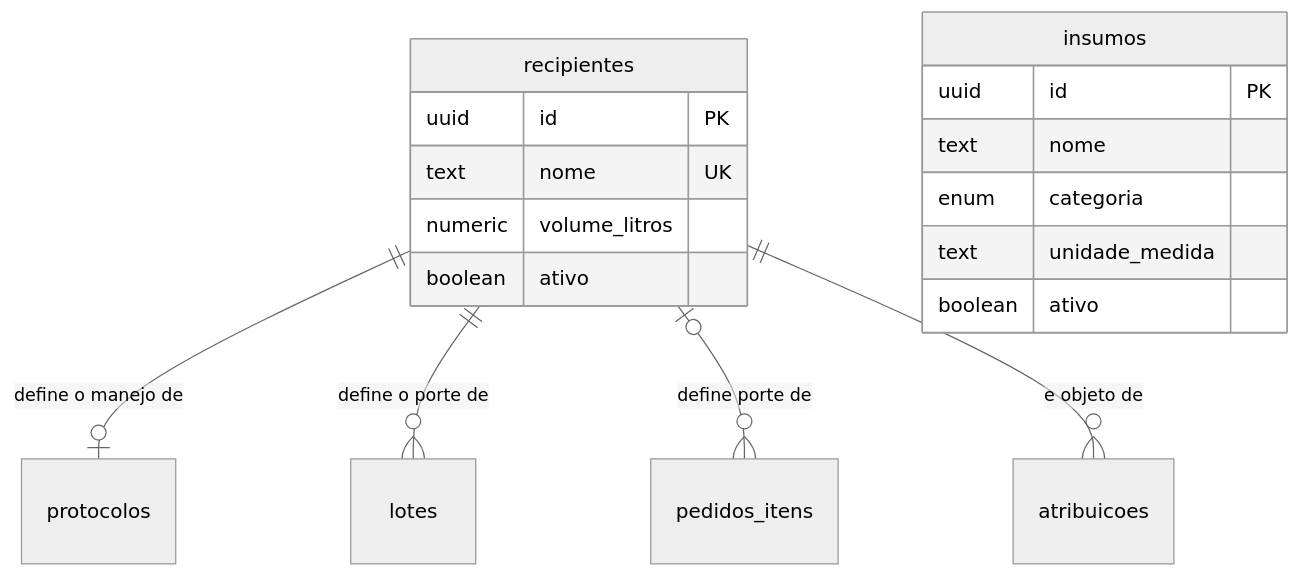
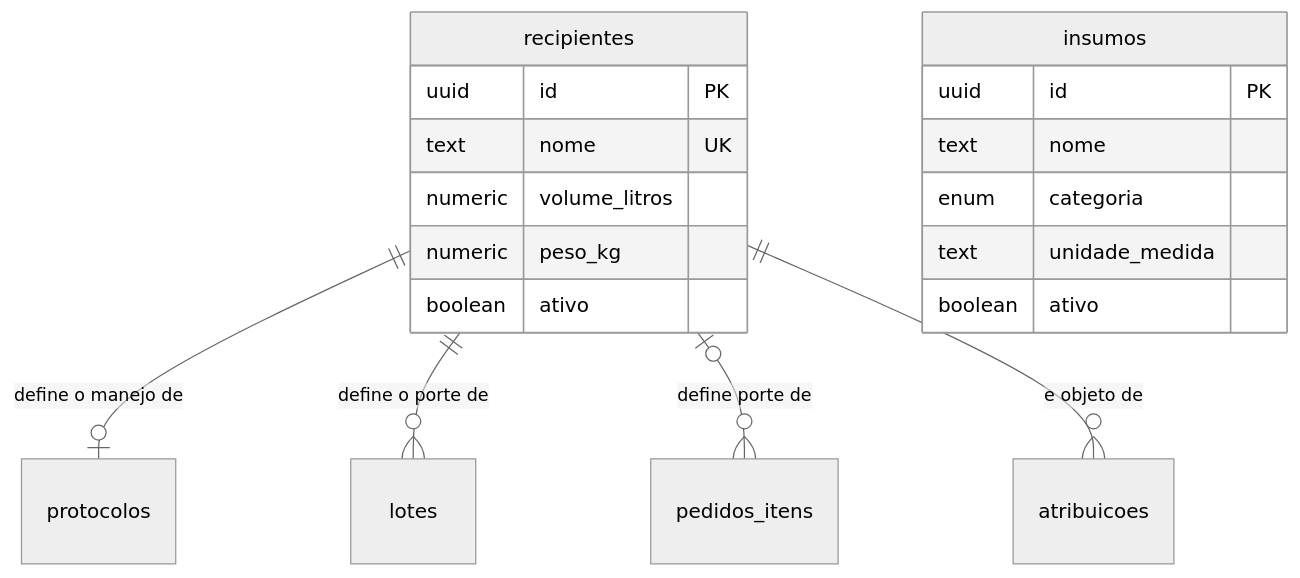
Before and after one commit to JoaoMudar/tcc: the diagram in docs/engenharia/modelo-dados-pt/mmd/fig10-cadastros-insumo-recipiente.mmd, drawn with Mermaid (neutral theme). The commit also changed 19 other files, not shown here.

```diff
--- a/docs/engenharia/modelo-dados-pt/mmd/fig10-cadastros-insumo-recipiente.mmd
+++ b/docs/engenharia/modelo-dados-pt/mmd/fig10-cadastros-insumo-recipiente.mmd
@@ -1,23 +1,24 @@
 erDiagram
   recipientes {
     uuid    id PK
     text    nome UK
     numeric volume_litros
+    numeric peso_kg
     boolean ativo
   }
   insumos {
     uuid    id PK
     text    nome
     enum    categoria
     text    unidade_medida
     boolean ativo
   }
   protocolos {}
   lotes {}
   pedidos_itens {}
   atribuicoes {}
 
   recipientes ||--o| protocolos    : "define o manejo de"
   recipientes ||--o{ lotes         : "define o porte de"
   recipientes |o--o{ pedidos_itens : "define porte de"
   recipientes ||--o{ atribuicoes   : "e objeto de"
```
